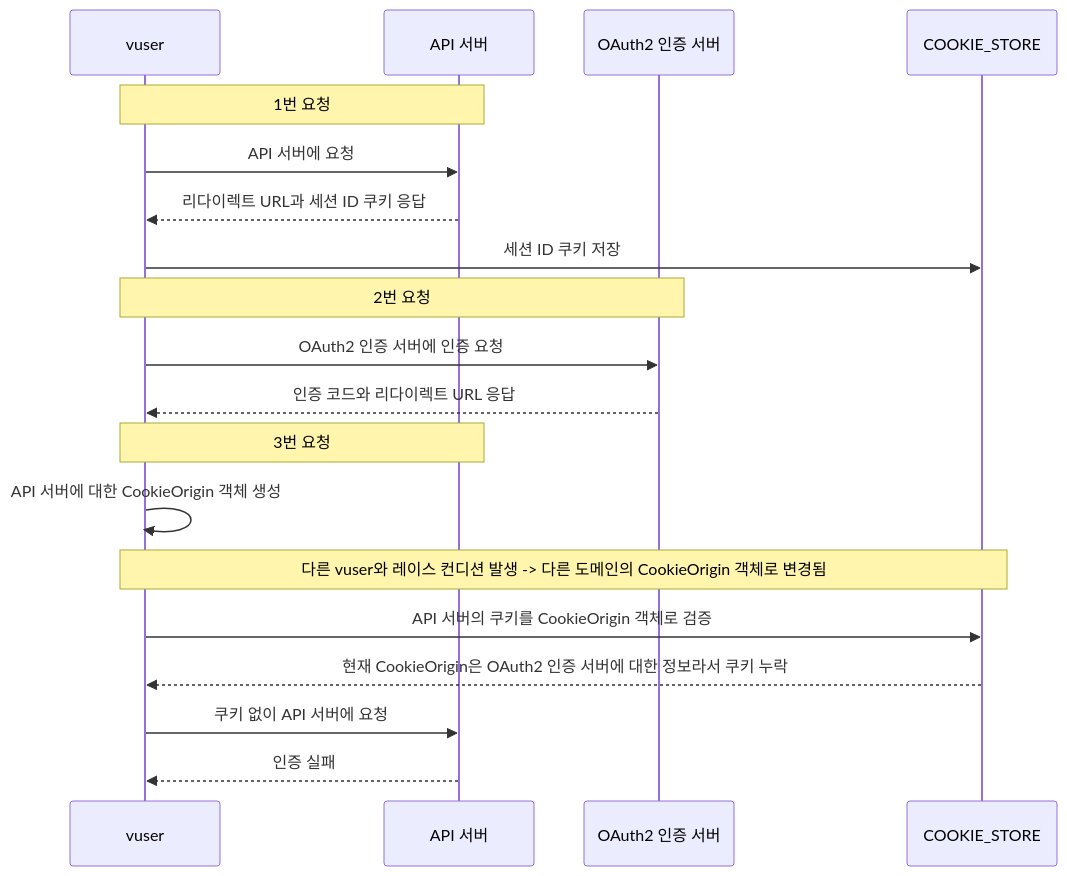
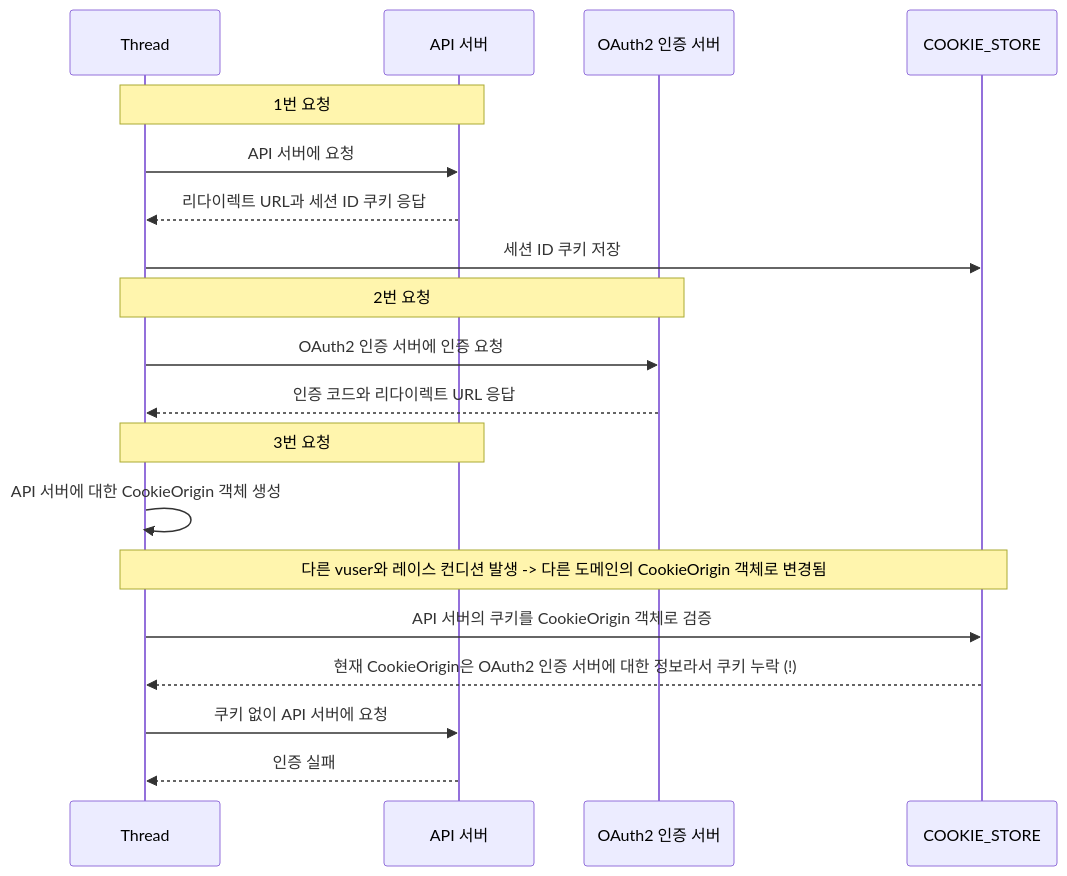
Before and after one commit to Hansanghyun-github/TIL: the second of 2 diagrams in portfolio/nGrinder 부하 테스트 중 발생한 OAuth2 인증 문제 분석 및 해결.md, drawn with Mermaid. The commit also changed other lines of this file, not shown here.

````diff
--- a/portfolio/nGrinder 부하 테스트 중 발생한 OAuth2 인증 문제 분석 및 해결.md
+++ b/portfolio/nGrinder 부하 테스트 중 발생한 OAuth2 인증 문제 분석 및 해결.md
@@ -247,24 +247,24 @@
 ```mermaid
 sequenceDiagram
-   participant VUser as vuser
+   participant VUser as Thread
    participant API as API 서버
    participant OAuth2 as OAuth2 인증 서버
    
    Note over VUser, API: 1번 요청
    VUser->>API: API 서버에 요청
    API-->>VUser: 리다이렉트 URL과 세션 ID 쿠키 응답
    VUser->>COOKIE_STORE: 세션 ID 쿠키 저장
    
    Note over VUser, OAuth2: 2번 요청
    VUser->>OAuth2: OAuth2 인증 서버에 인증 요청
    OAuth2-->>VUser: 인증 코드와 리다이렉트 URL 응답
    
    Note over VUser, API: 3번 요청
    VUser->>VUser: API 서버에 대한 CookieOrigin 객체 생성
    Note over VUser, COOKIE_STORE: 다른 vuser와 레이스 컨디션 발생 -> 다른 도메인의 CookieOrigin 객체로 변경됨
    VUser->>COOKIE_STORE: API 서버의 쿠키를 CookieOrigin 객체로 검증
-   COOKIE_STORE-->>VUser: 현재 CookieOrigin은 OAuth2 인증 서버에 대한 정보라서 쿠키 누락
+   COOKIE_STORE-->>VUser: 현재 CookieOrigin은 OAuth2 인증 서버에 대한 정보라서 쿠키 누락 (!)
 
    VUser->>API: 쿠키 없이 API 서버에 요청
    API-->>VUser: 인증 실패
 ```
````
